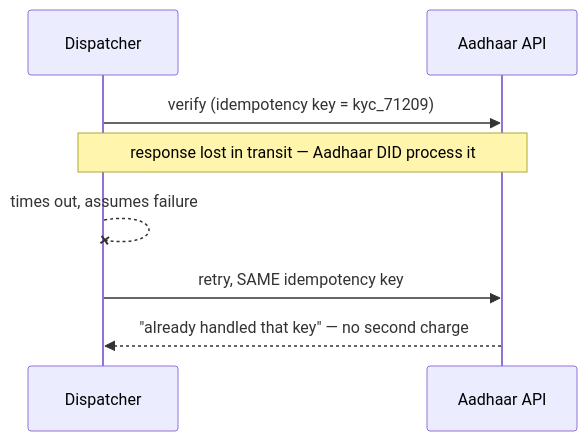
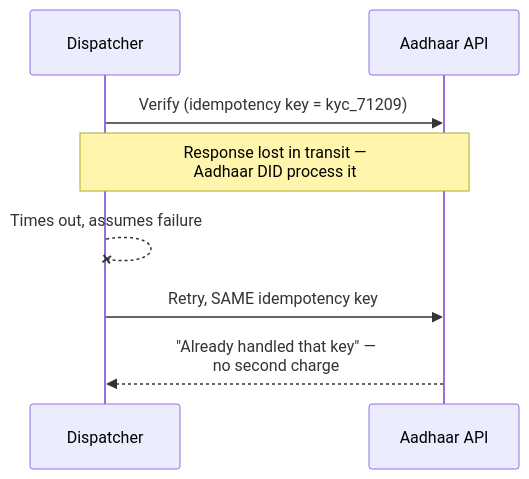
Before and after one commit to riyaz-pasha/Learnings: the sixth of 13 diagrams in system-design/HLD/0-course/50-National-ID-KYC-Verification-System-FAANG-Guide-story.md, drawn with Mermaid. The commit also changed other lines of this file and 1 other file, not shown here.

Commit message:
[REWRITE] National ID KYC Verification story guide: simplify prose, add structure, fix diagrams

````diff
--- a/system-design/HLD/0-course/50-National-ID-KYC-Verification-System-FAANG-Guide-story.md
+++ b/system-design/HLD/0-course/50-National-ID-KYC-Verification-System-FAANG-Guide-story.md
@@ -267,11 +407,11 @@
 ```mermaid
 sequenceDiagram
     participant Disp as Dispatcher
     participant Gov as Aadhaar API
 
-    Disp->>Gov: verify (idempotency key = kyc_71209)
-    Note over Disp,Gov: response lost in transit — Aadhaar DID process it
-    Disp--xDisp: times out, assumes failure
-    Disp->>Gov: retry, SAME idempotency key
-    Gov-->>Disp: "already handled that key" — no second charge
+    Disp->>Gov: Verify (idempotency key = kyc_71209)
+    Note over Disp,Gov: Response lost in transit —<br/>Aadhaar DID process it
+    Disp--xDisp: Times out, assumes failure
+    Disp->>Gov: Retry, SAME idempotency key
+    Gov-->>Disp: "Already handled that key" —<br/>no second charge
 ```
````
